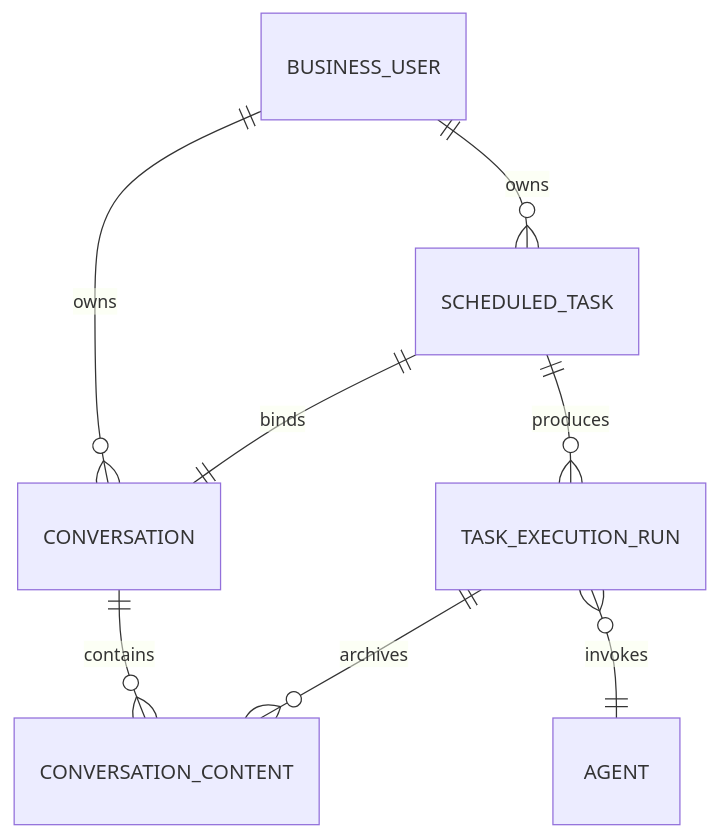
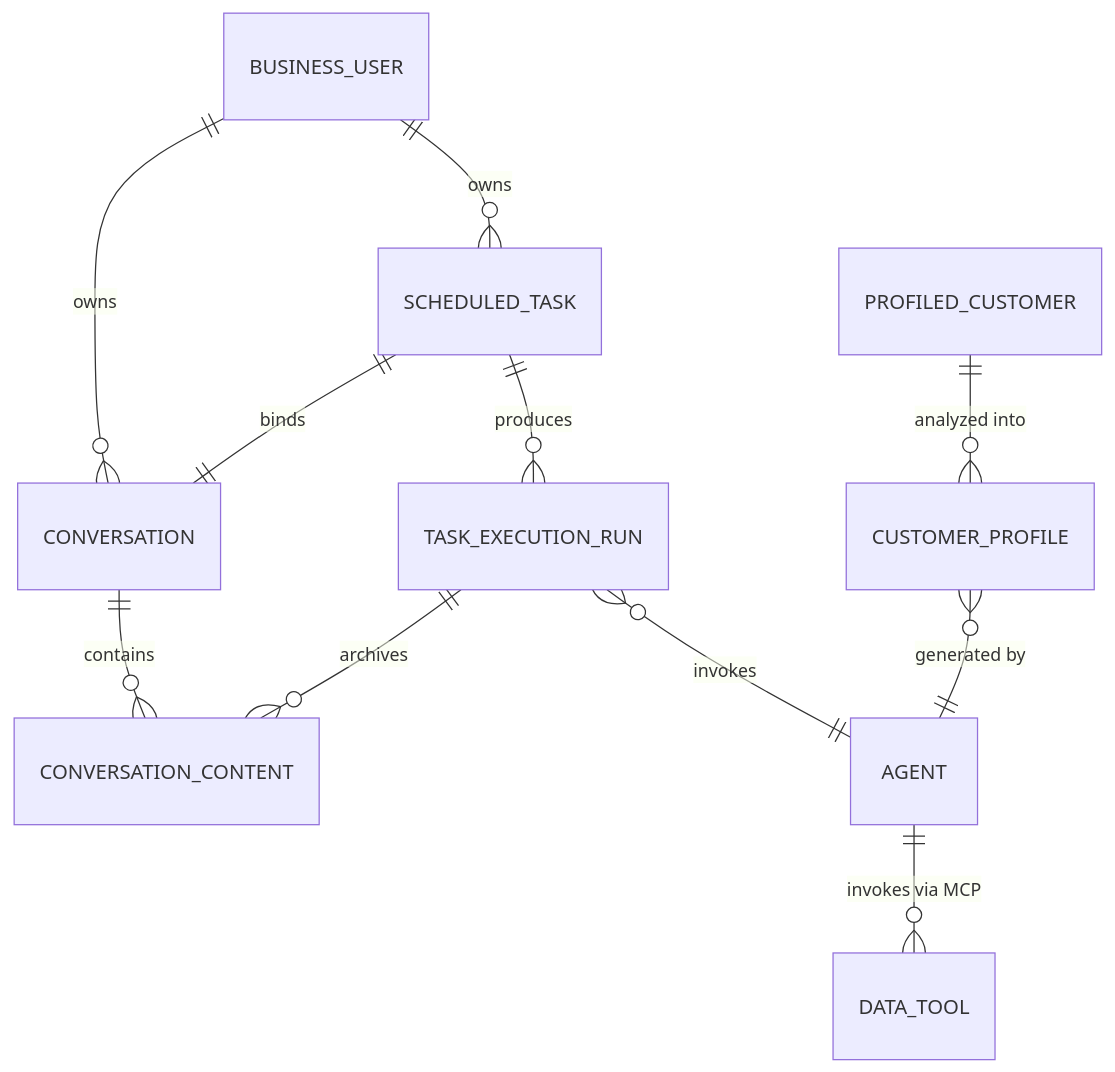
One commit to ChiYouIc/ehub-ai-workbench-prd changed the first of 4 diagrams in CONTEXT.md. Above: the diagram before and after it, drawn with Mermaid. The commit also changed other lines of this file and 16 other files, not shown here.

Commit message:
docs: customer-profile PRD 三件套落盘（PRD/IA PRD/访谈记录）；访谈决策记录归位 plans/（model-config grilling-decisions 迁移改名）；README/CONTEXT/GLOSSARY/架构文档同步

````diff
--- a/CONTEXT.md
+++ b/CONTEXT.md
@@ -38,10 +48,13 @@
 ```mermaid
 erDiagram
     BUSINESS_USER ||--o{ SCHEDULED_TASK : owns
     BUSINESS_USER ||--o{ CONVERSATION : owns
     SCHEDULED_TASK ||--|| CONVERSATION : binds
     CONVERSATION ||--o{ CONVERSATION_CONTENT : contains
     SCHEDULED_TASK ||--o{ TASK_EXECUTION_RUN : produces
     TASK_EXECUTION_RUN ||--o{ CONVERSATION_CONTENT : archives
     TASK_EXECUTION_RUN }o--|| AGENT : invokes
+    PROFILED_CUSTOMER ||--o{ CUSTOMER_PROFILE : "analyzed into"
+    CUSTOMER_PROFILE }o--|| AGENT : "generated by"
+    AGENT ||--o{ DATA_TOOL : "invokes via MCP"
 ```
````
